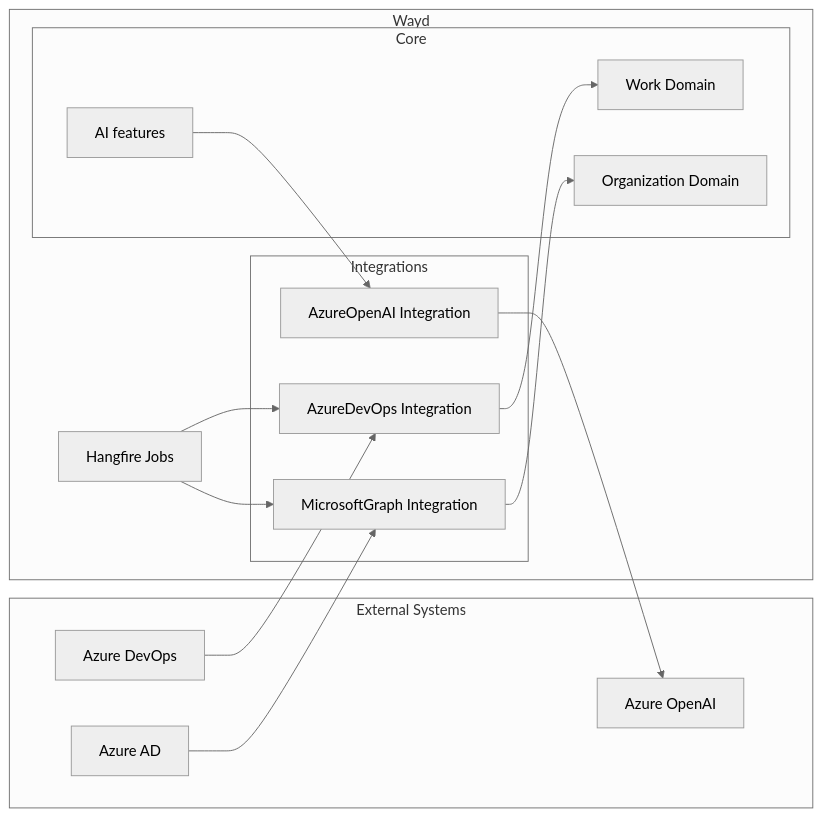
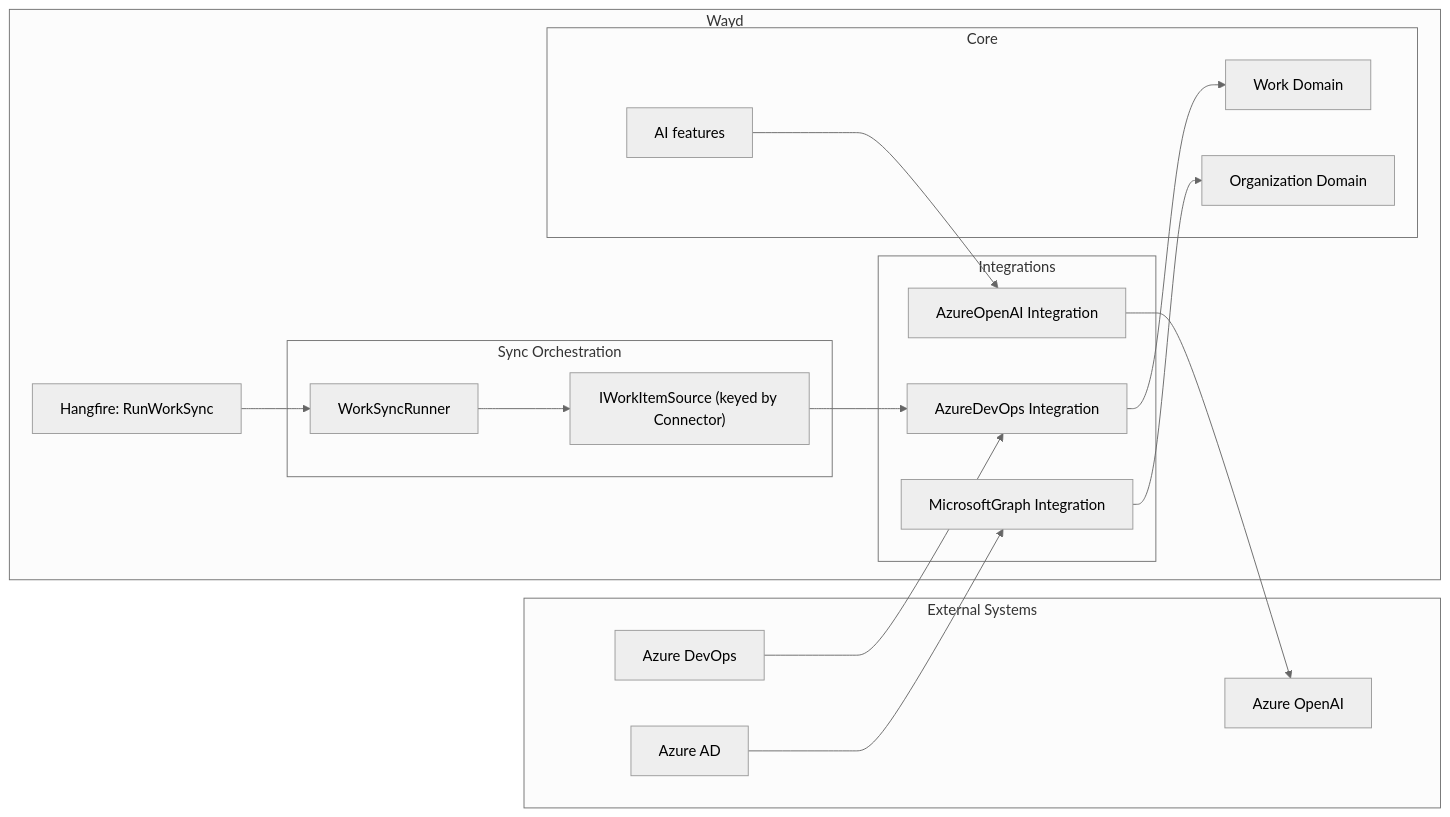
One commit to destacey/Wayd changed the diagram in docs/reference/integrations.mdx. Above: the diagram before and after it, drawn with Mermaid (neutral theme). The commit also changed other lines of this file and 1 other file, not shown here.

Commit message:
Refactor: document unified sync orchestration for connectors
Updated architecture docs to describe new sync orchestration for work-sync connectors using IWorkItemSource, keyed DI, and a generic WorkSyncRunner scheduled by a single Hangfire job. Updated diagrams and onboarding steps to reflect the unified runner and clarified instructions for internal integrations.

````diff
--- a/docs/reference/integrations.mdx
+++ b/docs/reference/integrations.mdx
@@ -68,30 +68,35 @@
 ```mermaid
 graph LR
     subgraph "External Systems"
         ADO["Azure DevOps"]
         AOAI["Azure OpenAI"]
         AAD["Azure AD"]
     end
     subgraph "Wayd"
+        subgraph "Sync Orchestration"
+            Runner["WorkSyncRunner"]
+            Sources["IWorkItemSource (keyed by Connector)"]
+        end
         subgraph "Integrations"
             ADOInt["AzureDevOps Integration"]
             AOAIInt["AzureOpenAI Integration"]
             GraphInt["MicrosoftGraph Integration"]
         end
         subgraph "Core"
             Work["Work Domain"]
             Org["Organization Domain"]
             AI["AI features"]
         end
-        HF["Hangfire Jobs"]
+        HF["Hangfire: RunWorkSync"]
     end
 
+    HF --> Runner
+    Runner --> Sources
+    Sources --> ADOInt
     ADO --> ADOInt
+    ADOInt --> Work
     AOAIInt --> AOAI
+    AI --> AOAIInt
     AAD --> GraphInt
-    ADOInt --> Work
-    AI --> AOAIInt
     GraphInt --> Org
-    HF --> ADOInt
-    HF --> GraphInt
 ```
````
